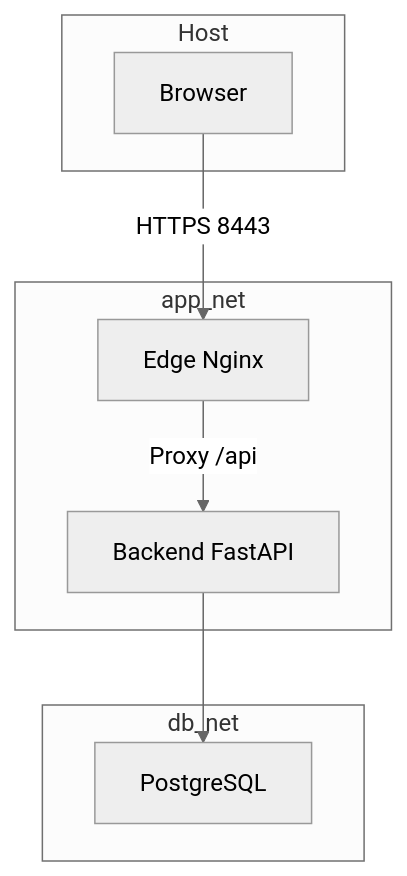
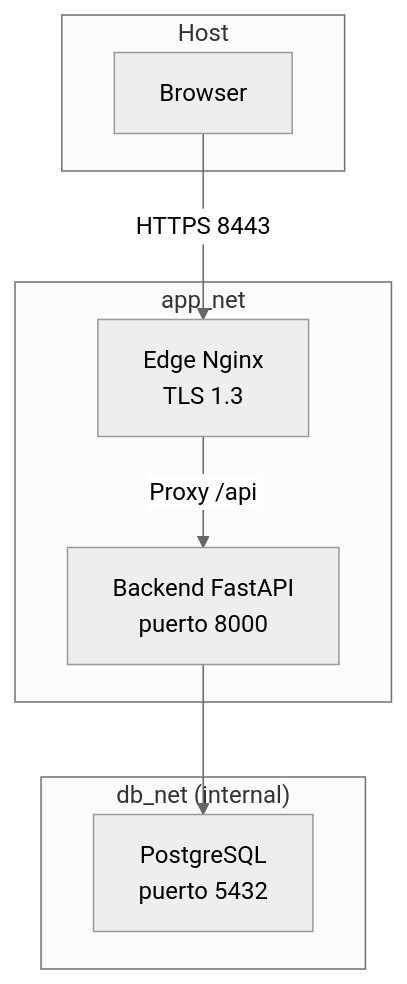
Before and after one commit to maffzz/cripto-med: the diagram in README.md, drawn with Mermaid (neutral theme). The commit also changed other lines of this file and 1 other file, not shown here.

````diff
--- a/README.md
+++ b/README.md
@@ -26,19 +37,19 @@
 ```mermaid
 graph TB
     subgraph "Host"
         A[Browser]
     end
     
     subgraph "app_net"
-        B[Edge Nginx]
-        C[Backend FastAPI]
+        B[Edge Nginx<br/>TLS 1.3]
+        C[Backend FastAPI<br/>puerto 8000]
     end
     
-    subgraph "db_net"
-        D[PostgreSQL]
+    subgraph "db_net (internal)"
+        D[PostgreSQL<br/>puerto 5432]
     end
     
     A -->|HTTPS 8443| B
     B -->|Proxy /api| C
     C --> D
 ```
````
